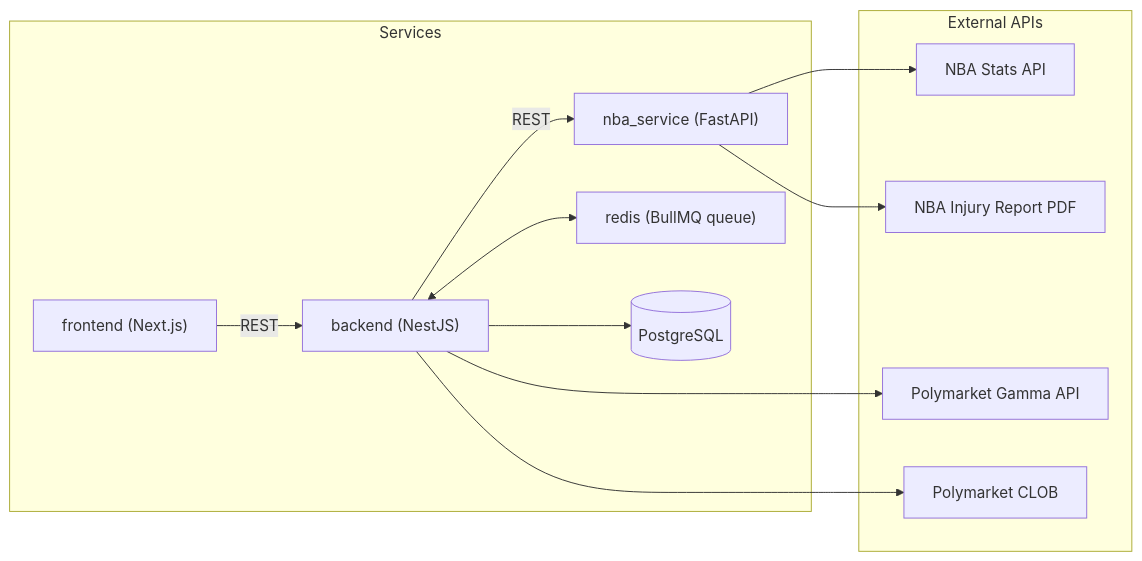
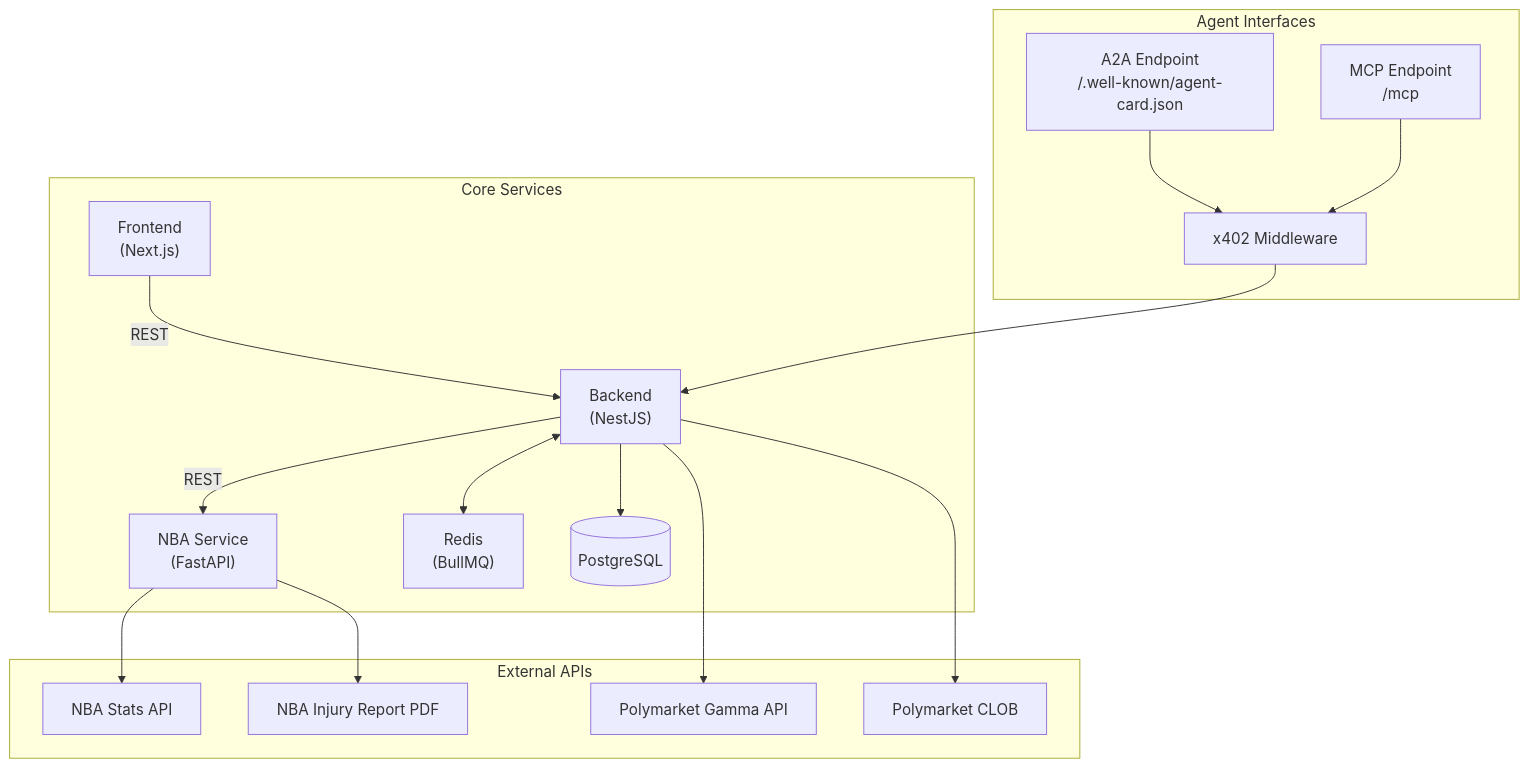
Before and after one commit to lootex-io/polyox-provider: the fourth of 6 diagrams in README.md, drawn with Mermaid. The commit also changed other lines of this file and 1 other file, not shown here.

````diff
--- a/README.md
+++ b/README.md
@@ -32,26 +255,36 @@
 ```mermaid
-flowchart LR
-  subgraph External["External APIs"]
-    NBAStats["NBA Stats API"]
-    InjuryPDF["NBA Injury Report PDF"]
-    Gamma["Polymarket Gamma API"]
-    CLOB["Polymarket CLOB"]
-  end
+flowchart TB
+    subgraph External["External APIs"]
+        NBAStats["NBA Stats API"]
+        InjuryPDF["NBA Injury Report PDF"]
+        Gamma["Polymarket Gamma API"]
+        CLOB["Polymarket CLOB"]
+    end
 
-  subgraph Core["Services"]
-    Frontend["frontend (Next.js)"]
-    Backend["backend (NestJS)"]
-    NbaService["nba_service (FastAPI)"]
-    Redis["redis (BullMQ queue)"]
-    DB[("PostgreSQL")]
-  end
+    subgraph Core["Core Services"]
+        Frontend["Frontend<br/>(Next.js)"]
+        Backend["Backend<br/>(NestJS)"]
+        NbaService["NBA Service<br/>(FastAPI)"]
+        Redis["Redis<br/>(BullMQ)"]
+        DB[("PostgreSQL")]
+    end
 
-  Frontend -->|REST| Backend
-  Backend --> DB
-  Backend <--> Redis
-  Backend -->|REST| NbaService
-  NbaService --> NBAStats
-  NbaService --> InjuryPDF
-  Backend --> Gamma
-  Backend --> CLOB
+    subgraph Interfaces["Agent Interfaces"]
+        A2A["A2A Endpoint<br/>/.well-known/agent-card.json"]
+        MCP["MCP Endpoint<br/>/mcp"]
+        X402["x402 Middleware"]
+    end
+
+    Frontend -->|REST| Backend
+    Backend --> DB
+    Backend <--> Redis
+    Backend -->|REST| NbaService
+    NbaService --> NBAStats
+    NbaService --> InjuryPDF
+    Backend --> Gamma
+    Backend --> CLOB
+
+    A2A --> X402
+    MCP --> X402
+    X402 --> Backend
 ```
````
